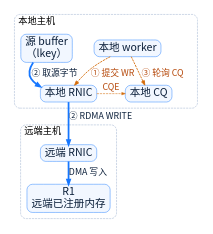
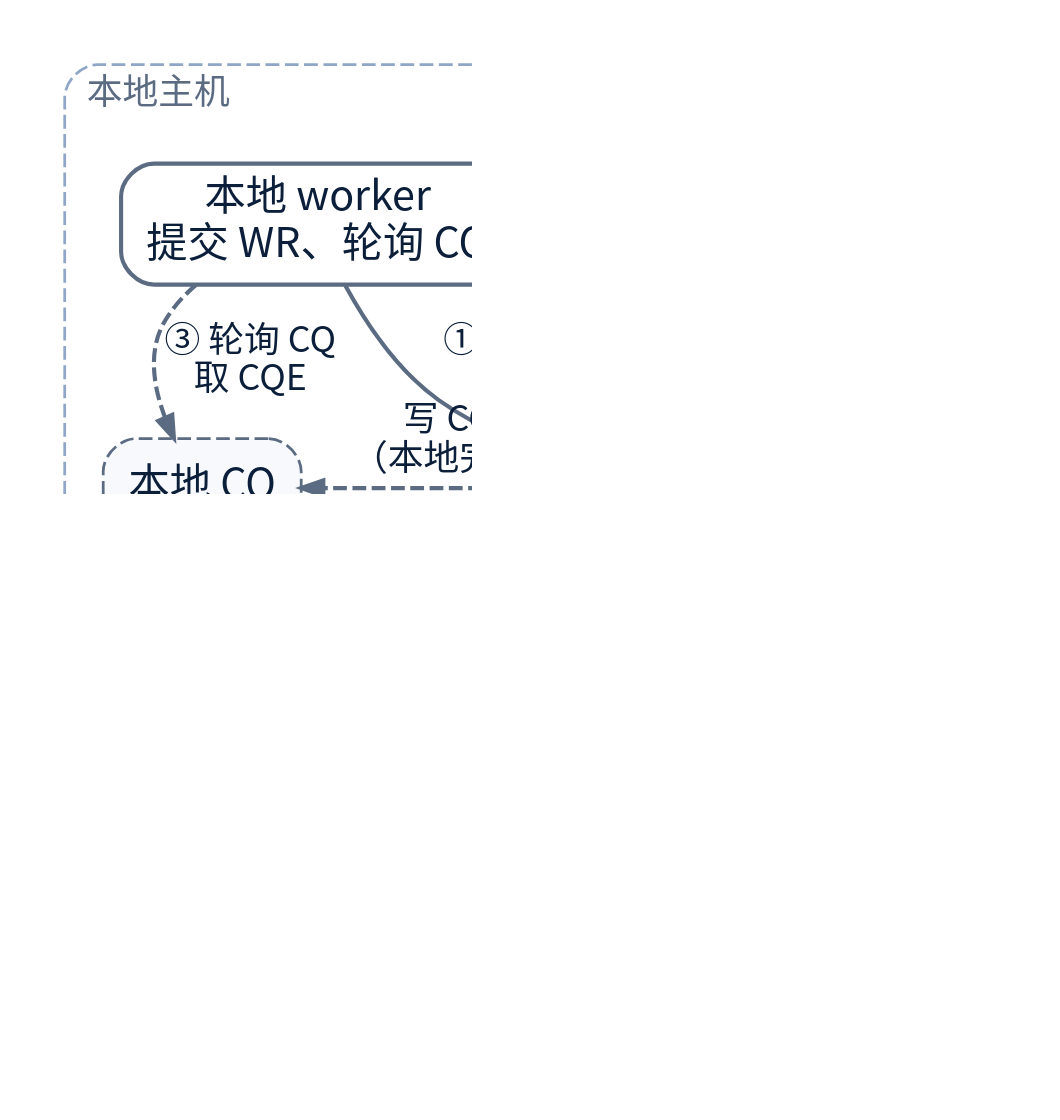
Before and after one commit to Hansyangxingxiang/Mooncake: the diagram in mooncake-kv-cache-series/wechat/figures/07-rdma-data-path-fig2.dot, drawn with Graphviz. The commit also changed 9 other files, not shown here.

```diff
--- a/mooncake-kv-cache-series/wechat/figures/07-rdma-data-path-fig2.dot
+++ b/mooncake-kv-cache-series/wechat/figures/07-rdma-data-path-fig2.dot
@@ -1,39 +1,43 @@
 digraph G {
-  graph [rankdir=TB, bgcolor="white", pad=0.25, nodesep=0.35, ranksep=0.4,
-         fontname="Noto Sans CJK SC"];
-  node [shape=box, style="rounded,filled", fillcolor="#F2F7FF", color="#1677FF",
-        fontcolor="#0B1F3A", fontname="Noto Sans CJK SC", fontsize=24,
-        margin="0.14,0.09"];
-  edge [fontname="Noto Sans CJK SC", fontsize=20, color="#D46B08",
-        fontcolor="#B5480A", penwidth=2, style=dashed, arrowsize=1.0];
+  graph [rankdir=TB, bgcolor="white", pad=0.2, nodesep=0.3, ranksep=0.38,
+         fontname="Noto Sans CJK SC", dpi=180];
+  node [shape=box, style="rounded,filled", fillcolor="#FFFFFF", color="#5B6B82",
+        fontcolor="#0B1F3A", fontname="Noto Sans CJK SC", fontsize=15,
+        penwidth=1.5, margin="0.12,0.07"];
+  edge [fontname="Noto Sans CJK SC", fontsize=13, color="#5B6B82",
+        fontcolor="#0B1F3A", penwidth=1.5, arrowsize=0.8];
 
   subgraph cluster_local {
     label="本地主机";
-    fontname="Noto Sans CJK SC"; fontsize=21; color="#8FA6C8";
-    style="rounded,dashed"; margin=14; labeljust="l";
-    BUF [label="源 buffer\n（lkey）"];
-    W   [label="本地 worker"];
-    LR  [label="本地 RNIC"];
-    CQ  [label="本地 CQ"];
-    { rank=same; BUF; W; BUF -> W [style=invis]; }
-    { rank=same; LR; CQ; LR -> CQ [style=invis]; }
+    fontname="Noto Sans CJK SC"; fontsize=13; fontcolor="#5B6B82";
+    color="#8FA6C8"; style="rounded,dashed"; margin=14; labeljust="l";
+    BUF [label="本地已注册缓冲区\n（lkey）", fillcolor="#ECFDF5", color="#15803D"];
+    W   [label="本地 worker\n提交 WR、轮询 CQ"];
+    LR  [label="本地 RNIC", style="rounded,filled,dashed",
+         fillcolor="#F7F9FC", color="#5B6B82", penwidth=1.0];
+    CQ  [label="本地 CQ", style="rounded,filled,dashed",
+         fillcolor="#F7F9FC", color="#5B6B82", penwidth=1.0];
+    { rank=same; BUF; W; }
+    { rank=same; LR; CQ; }
   }
 
   subgraph cluster_remote {
     label="远端主机";
-    fontname="Noto Sans CJK SC"; fontsize=21; color="#8FA6C8";
-    style="rounded,dashed"; margin=14; labeljust="l";
-    RR [label="远端 RNIC"];
-    R1 [label="R1\n远端已注册内存"];
+    fontname="Noto Sans CJK SC"; fontsize=13; fontcolor="#5B6B82";
+    color="#8FA6C8"; style="rounded,dashed"; margin=14; labeljust="l";
+    RR [label="远端 RNIC", style="rounded,filled,dashed",
+        fillcolor="#F7F9FC", color="#5B6B82", penwidth=1.0];
+    R1 [label="R1 已注册内存\n（remote addr / rkey）",
+        fillcolor="#ECFDF5", color="#15803D"];
   }
 
-  W   -> LR [label="① 提交 WR"];
-  BUF -> LR [label="② 取源字节", style=bold, color="#1677FF",
-              fontcolor="#0B1F3A", penwidth=4];
-  LR  -> CQ [label="CQE", constraint=false, penwidth=1.2, arrowsize=0.8];
-  W   -> CQ [label="③ 轮询 CQ"];
-  LR  -> RR [label="② RDMA WRITE", style=bold, color="#1677FF",
-              fontcolor="#0B1F3A", penwidth=4];
+  W   -> LR [label="① ibv_post_send\n提交 WR", style=solid];
+  BUF -> LR [label="② 网卡读取源字节", style=bold, color="#1677FF",
+              fontcolor="#0B1F3A", penwidth=3.5, arrowsize=1.0];
+  LR  -> CQ [label="写 CQE\n（本地完成）", style=dashed, constraint=false];
+  W   -> CQ [label="③ 轮询 CQ\n取 CQE", style=dashed];
+  LR  -> RR [label="② RDMA WRITE\n（对象字节）", style=bold, color="#1677FF",
+              fontcolor="#0B1F3A", penwidth=3.5, arrowsize=1.0];
   RR  -> R1 [label="DMA 写入", style=bold, color="#1677FF",
-              fontcolor="#0B1F3A", penwidth=4];
+              fontcolor="#0B1F3A", penwidth=3.5, arrowsize=1.0];
 }
```
